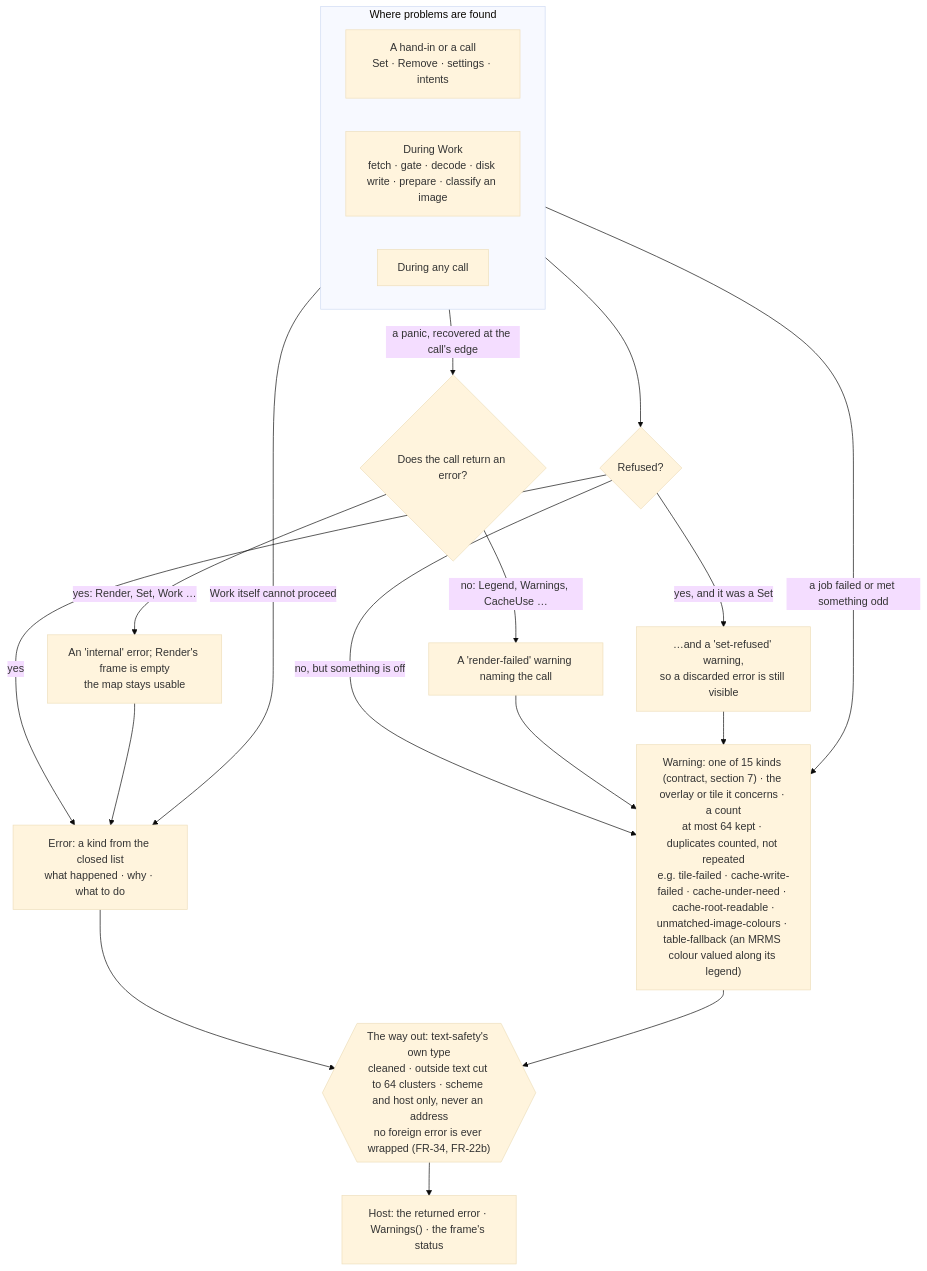
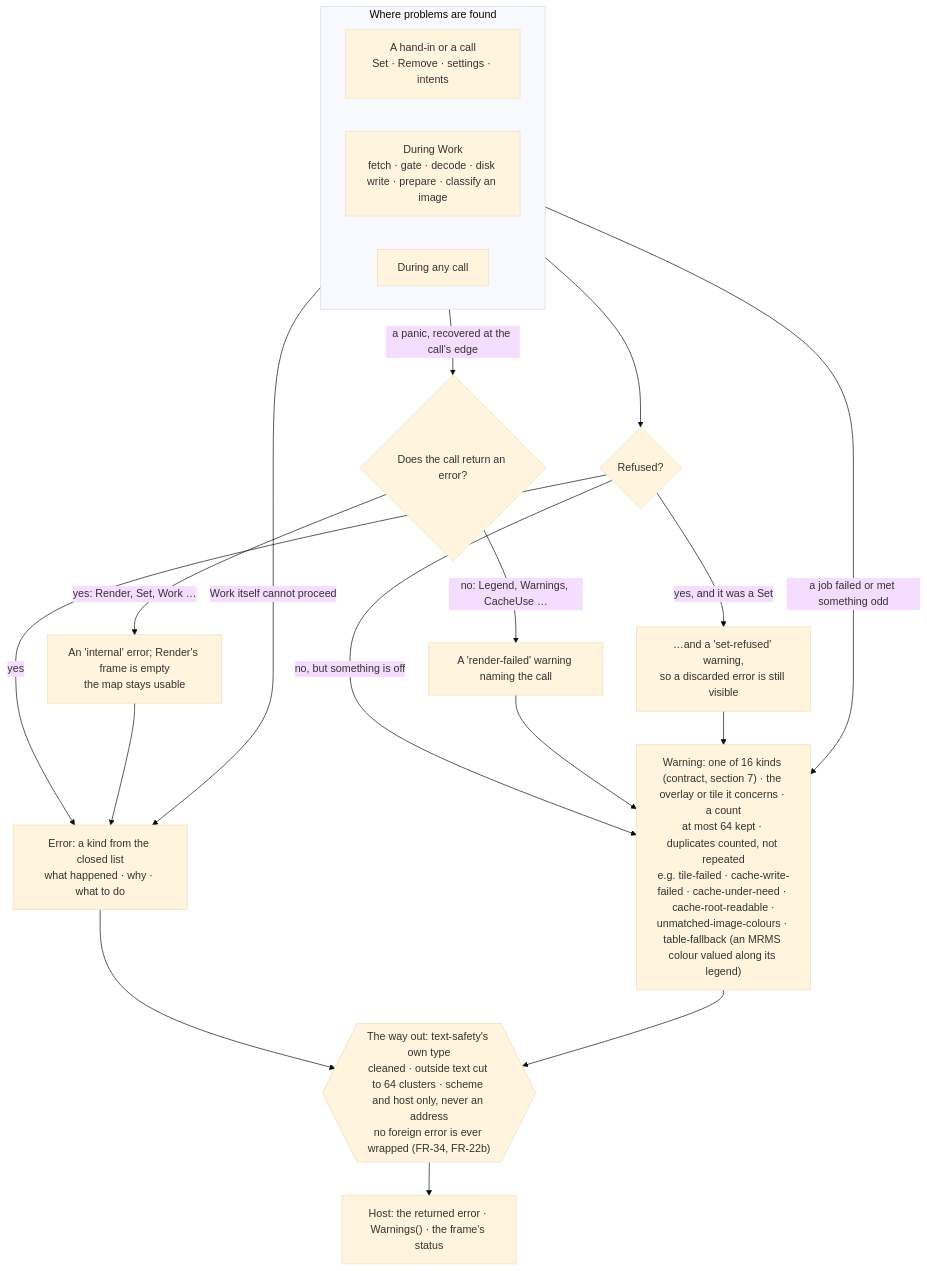
Before and after one commit to branden-thompson/go-tuimaps: the diagram in 06_docs/02_features/go-tuimaps/03-architecture-design/L2-errors.md, drawn with Mermaid (base theme). The commit also changed other lines of this file and 18 other files, not shown here.

First line of the commit message:
L10.14, L10.15: an image answered in its projection (F-3); near colours warned (OW-10, D-104)

````diff
--- a/06_docs/02_features/go-tuimaps/03-architecture-design/L2-errors.md
+++ b/06_docs/02_features/go-tuimaps/03-architecture-design/L2-errors.md
@@ -9,25 +9,25 @@
 ```mermaid
 flowchart TB
     subgraph IN["Where problems are found"]
       direction LR
       H["A hand-in or a call<br/>Set · Remove · settings · intents"]
       W["During Work<br/>fetch · gate · decode · disk write · prepare · classify an image"]
       R["During any call"]
     end
     H --> REF{"Refused?"}
     REF -- yes --> ERR["Error: a kind from the closed list<br/>what happened · why · what to do"]
     REF -- "yes, and it was a Set" --> ALSO["…and a 'set-refused' warning,<br/>so a discarded error is still visible"]
     REF -- "no, but something is off" --> WARN
-    W -- "a job failed or met something odd" --> WARN["Warning: one of 15 kinds (contract, section 7) · the overlay or tile it concerns · a count<br/>at most 64 kept · duplicates counted, not repeated<br/>e.g. tile-failed · cache-write-failed · cache-under-need · cache-root-readable ·<br/>unmatched-image-colours · table-fallback (an MRMS colour valued along its legend)"]
+    W -- "a job failed or met something odd" --> WARN["Warning: one of 16 kinds (contract, section 7) · the overlay or tile it concerns · a count<br/>at most 64 kept · duplicates counted, not repeated<br/>e.g. tile-failed · cache-write-failed · cache-under-need · cache-root-readable ·<br/>unmatched-image-colours · table-fallback (an MRMS colour valued along its legend)"]
     W -- "Work itself cannot proceed" --> ERR
     R -- "a panic, recovered at the call's edge" --> FAILF{"Does the call return an error?"}
     FAILF -- "yes: Render, Set, Work …" --> PANICE["An 'internal' error; Render's frame is empty<br/>the map stays usable"]
     FAILF -- "no: Legend, Warnings, CacheUse …" --> PANICW["A 'render-failed' warning naming the call"]
     PANICE --> ERR
     PANICW --> WARN
     ERR --> SAFE
     WARN --> SAFE
     ALSO --> WARN
     SAFE{{"The way out: text-safety's own type<br/>cleaned · outside text cut to 64 clusters · scheme and host only, never an address<br/>no foreign error is ever wrapped (FR-34, FR-22b)"}}
     SAFE --> HOST["Host: the returned error · Warnings() · the frame's status"]
 ```
````
